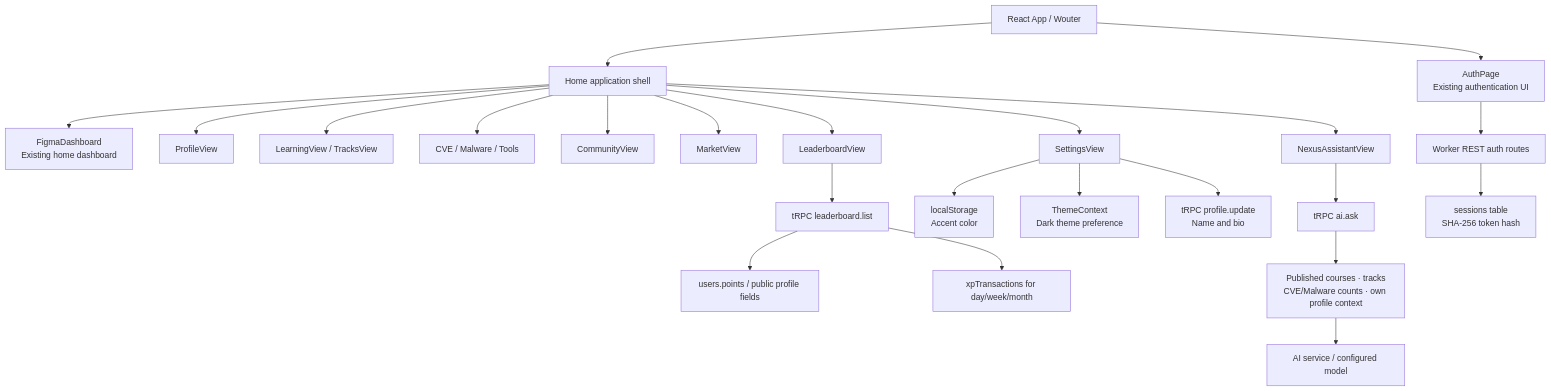
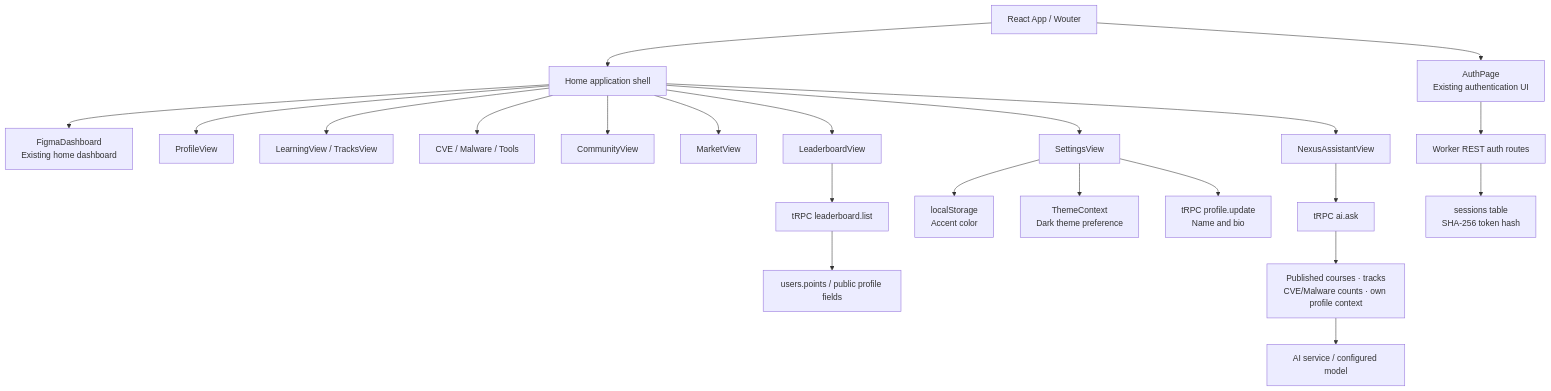
Before and after one commit to faresahmedgebril/cyberjocx-web-232322: the second of 2 diagrams in ARCHITECTURE.md, drawn with Mermaid. The commit also changed other lines of this file, not shown here.

Commit message:
docs: align leaderboard architecture with current Worker API

````diff
--- a/ARCHITECTURE.md
+++ b/ARCHITECTURE.md
@@ -30,25 +30,24 @@
 ```mermaid
 flowchart TD
     APP["React App / Wouter"] --> AUTH_PAGE["AuthPage\nExisting authentication UI"]
     APP --> HOME["Home application shell"]
     HOME --> DASH["FigmaDashboard\nExisting home dashboard"]
     HOME --> PROFILE["ProfileView"]
     HOME --> LEARNING["LearningView / TracksView"]
     HOME --> INTEL["CVE / Malware / Tools"]
     HOME --> COMMUNITY["CommunityView"]
     HOME --> MARKET["MarketView"]
     HOME --> LEADER["LeaderboardView"]
     HOME --> SETTINGS["SettingsView"]
     HOME --> NEXUS["NexusAssistantView"]
     LEADER --> TRPC_LB["tRPC leaderboard.list"]
     TRPC_LB --> DB_USERS["users.points / public profile fields"]
-    TRPC_LB --> XP["xpTransactions for day/week/month"]
     SETTINGS --> LOCAL["localStorage\nAccent color"]
     SETTINGS --> THEME["ThemeContext\nDark theme preference"]
     SETTINGS --> PROFILE_API["tRPC profile.update\nName and bio"]
     NEXUS --> AI_API["tRPC ai.ask"]
     AI_API --> AI_CONTEXT["Published courses · tracks\nCVE/Malware counts · own profile context"]
     AI_CONTEXT --> AI_SVC["AI service / configured model"]
     AUTH_PAGE --> AUTH_API["Worker REST auth routes"]
     AUTH_API --> SESSIONS["sessions table\nSHA-256 token hash"]
 ```
````
